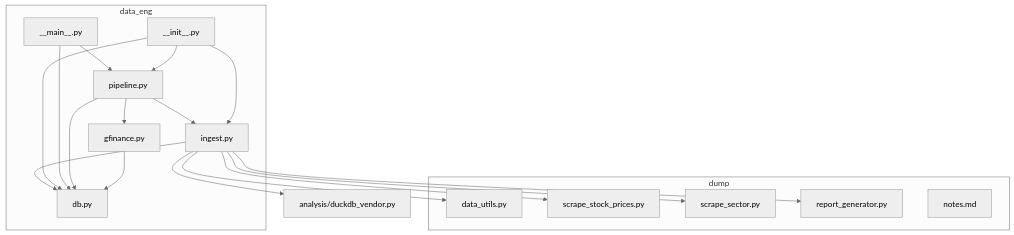
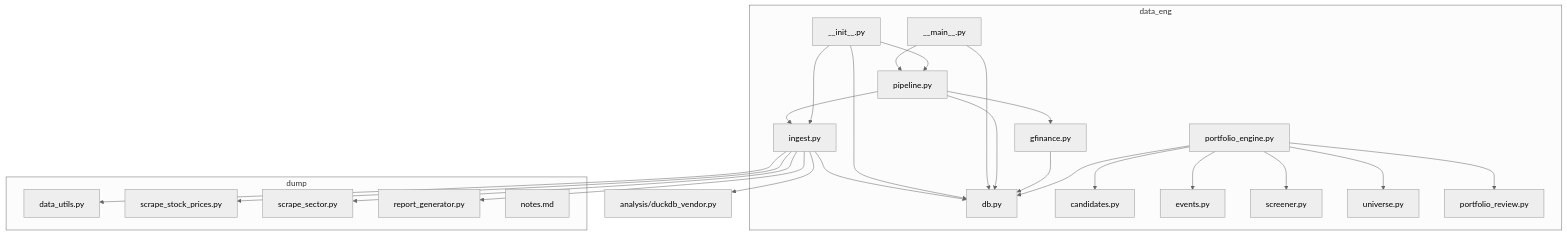
Before and after one commit to ZengSeng/telegram-bot: the first of 18 diagrams in .qoder/repowiki/en/content/Core Components/Data Engineering Module/Data Engineering Module.md, drawn with Mermaid (neutral theme). The commit also changed other lines of this file and 10 other files, not shown here.

````diff
--- a/.qoder/repowiki/en/content/Core Components/Data Engineering Module/Data Engineering Module.md
+++ b/.qoder/repowiki/en/content/Core Components/Data Engineering Module/Data Engineering Module.md
@@ -66,34 +92,46 @@
 ```mermaid
 graph TB
 subgraph "data_eng"
 A["__init__.py"]
 B["__main__.py"]
 C["db.py"]
 D["ingest.py"]
 E["pipeline.py"]
 F["gfinance.py"]
+G["portfolio_engine.py"]
+H["candidates.py"]
+I["events.py"]
+J["screener.py"]
+K["universe.py"]
+L["portfolio_review.py"]
 end
 subgraph "dump"
-G["data_utils.py"]
-H["scrape_stock_prices.py"]
-I["scrape_sector.py"]
-J["report_generator.py"]
-K["notes.md"]
+M["data_utils.py"]
+N["scrape_stock_prices.py"]
+O["scrape_sector.py"]
+P["report_generator.py"]
+Q["notes.md"]
 end
-L["analysis/duckdb_vendor.py"]
+R["analysis/duckdb_vendor.py"]
 B --> E
 E --> D
 D --> C
 A --> D
 A --> C
 A --> E
 B --> C
 E --> C
 E --> F
 F --> C
-D --> G
-D --> H
-D --> I
-D --> J
-D --> L
+D --> M
+D --> N
+D --> O
+D --> P
+D --> R
+G --> H
+G --> I
+G --> J
+G --> K
+G --> L
+G --> C
 ```
````
